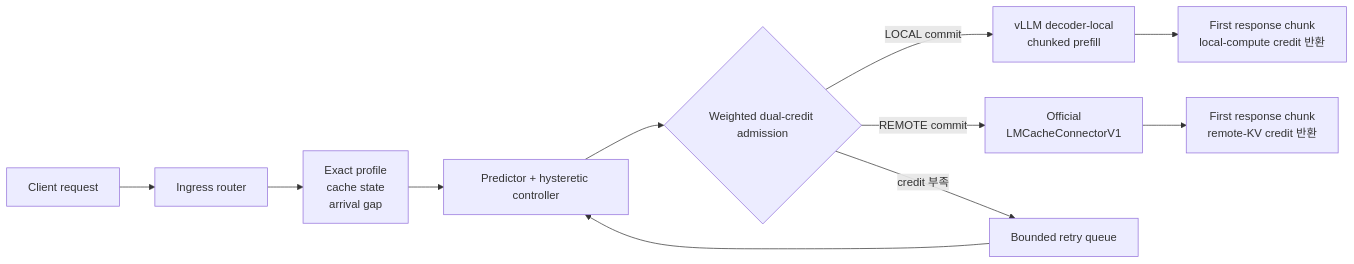
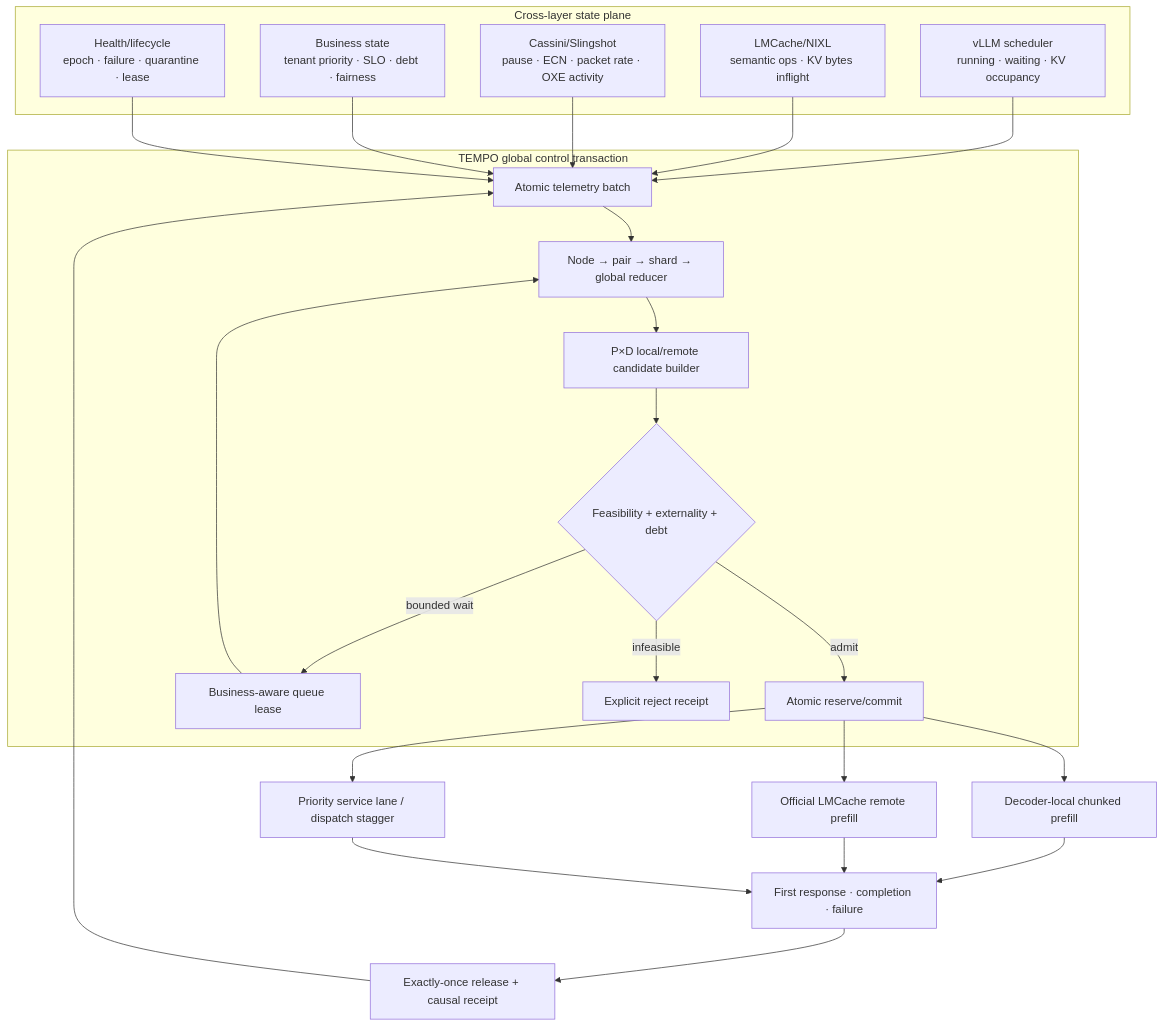
Before and after one commit to sunggonkim/Working_TEMPO: the diagram in README.md, drawn with Mermaid. The commit also changed other lines of this file and 8 other files, not shown here.

````diff
--- a/README.md
+++ b/README.md
@@ -52,13 +156,35 @@
 ```mermaid
-flowchart LR
-    C[Client request] --> I[Ingress router]
-    I --> X[Exact profile<br/>cache state<br/>arrival gap]
-    X --> H[Predictor + hysteretic controller]
-    H --> A{Weighted dual-credit admission}
-    A -->|LOCAL commit| L[vLLM decoder-local<br/>chunked prefill]
-    A -->|REMOTE commit| R[Official<br/>LMCacheConnectorV1]
-    A -->|credit 부족| Q[Bounded retry queue]
-    Q --> H
-    L --> FL[First response chunk<br/>local-compute credit 반환]
-    R --> FR[First response chunk<br/>remote-KV credit 반환]
+flowchart TB
+    subgraph Signal[Cross-layer state plane]
+        V[vLLM scheduler<br/>running · waiting · KV occupancy]
+        L[LMCache/NIXL<br/>semantic ops · KV bytes inflight]
+        C[Cassini/Slingshot<br/>pause · ECN · packet rate · OXE activity]
+        B[Business state<br/>tenant priority · SLO · debt · fairness]
+        H[Health/lifecycle<br/>epoch · failure · quarantine · lease]
+    end
+
+    V --> T[Atomic telemetry batch]
+    L --> T
+    C --> T
+    B --> T
+    H --> T
+
+    subgraph Global[TEMPO global control transaction]
+        T --> G[Node → pair → shard → global reducer]
+        G --> K[P×D local/remote candidate builder]
+        K --> F{Feasibility + externality + debt}
+        F -->|admit| R[Atomic reserve/commit]
+        F -->|bounded wait| Q[Business-aware queue lease]
+        F -->|infeasible| X[Explicit reject receipt]
+        Q --> G
+    end
+
+    R --> DL[Decoder-local chunked prefill]
+    R --> LR[Official LMCache remote prefill]
+    R --> SL[Priority service lane / dispatch stagger]
+    DL --> E[First response · completion · failure]
+    LR --> E
+    SL --> E
+    E --> P[Exactly-once release + causal receipt]
+    P --> T
 ```
````
